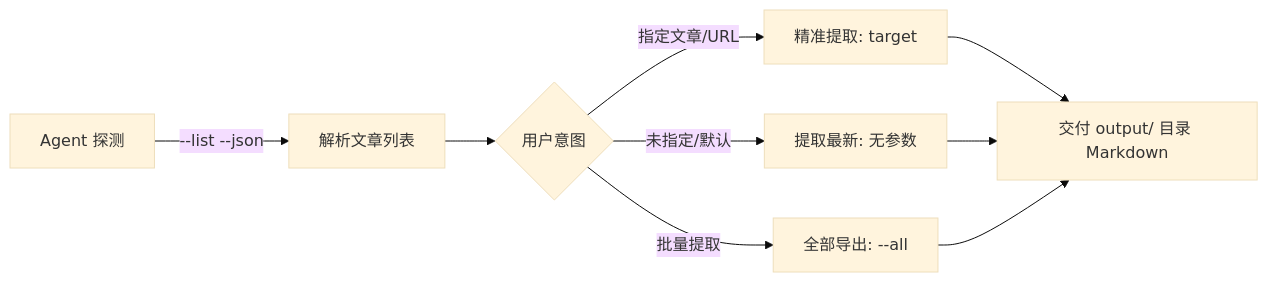
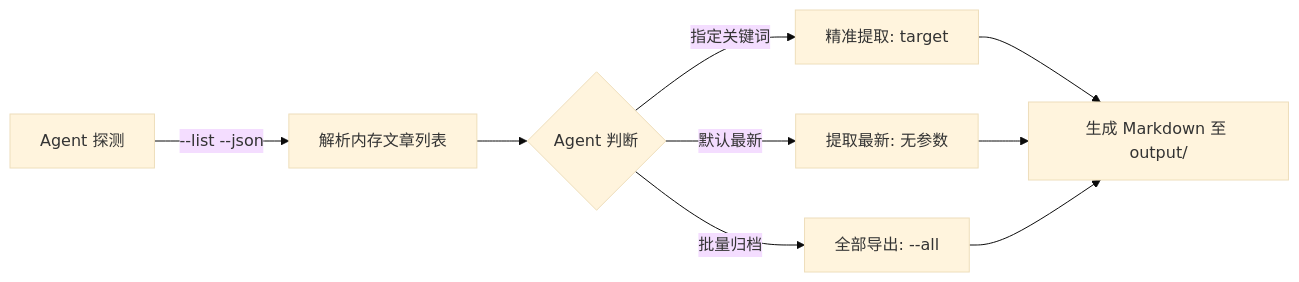
One commit to MARCIALCAO/wechat_article_extract changed the diagram in README.md. Above: the diagram before and after it, drawn with Mermaid (base theme). The commit also changed other lines of this file and 2 other files, not shown here.

````diff
--- a/README.md
+++ b/README.md
@@ -102,11 +114,11 @@
 ```mermaid
 flowchart LR
-    A[Agent 探测] -->|--list --json| B[解析文章列表]
-    B --> C{用户意图}
-    C -->|指定文章/URL| D[精准提取: target]
-    C -->|未指定/默认| E[提取最新: 无参数]
-    C -->|批量提取| F[全部导出: --all]
-    D --> G[交付 output/ 目录 Markdown]
+    A[Agent 探测] -->|--list --json| B[解析内存文章列表]
+    B --> C{Agent 判断}
+    C -->|指定关键词| D[精准提取: target]
+    C -->|默认最新| E[提取最新: 无参数]
+    C -->|批量归档| F[全部导出: --all]
+    D --> G[生成 Markdown 至 output/]
     E --> G
     F --> G
 ```
````
